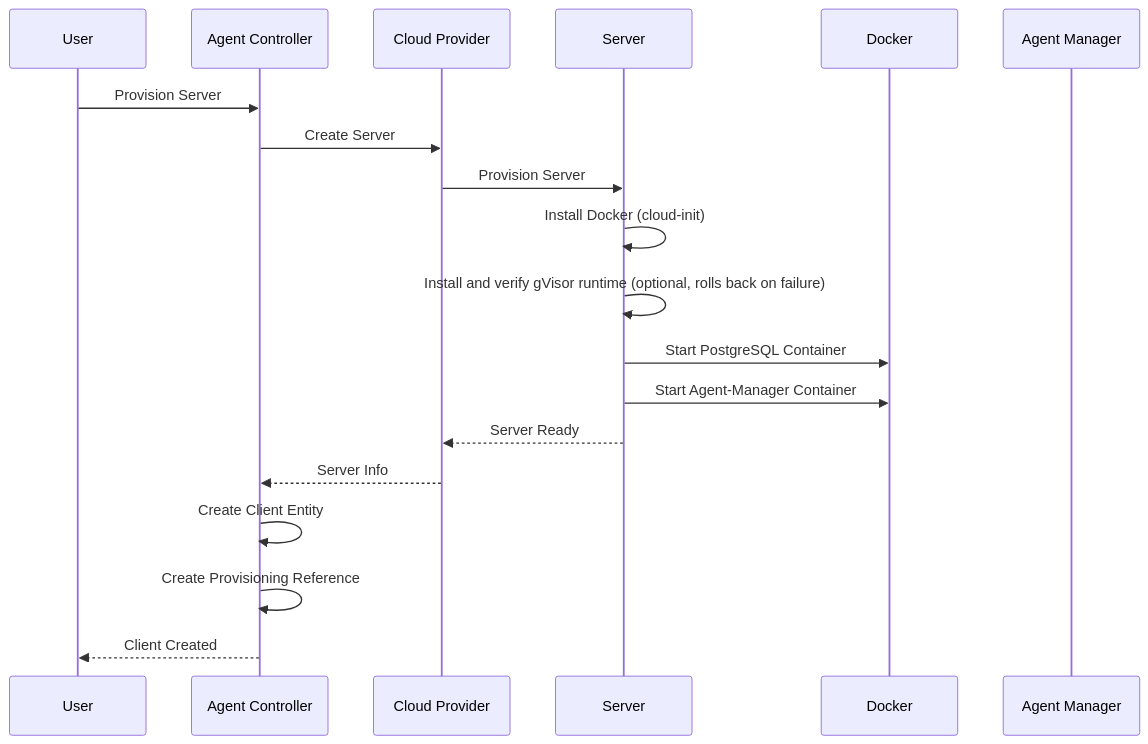
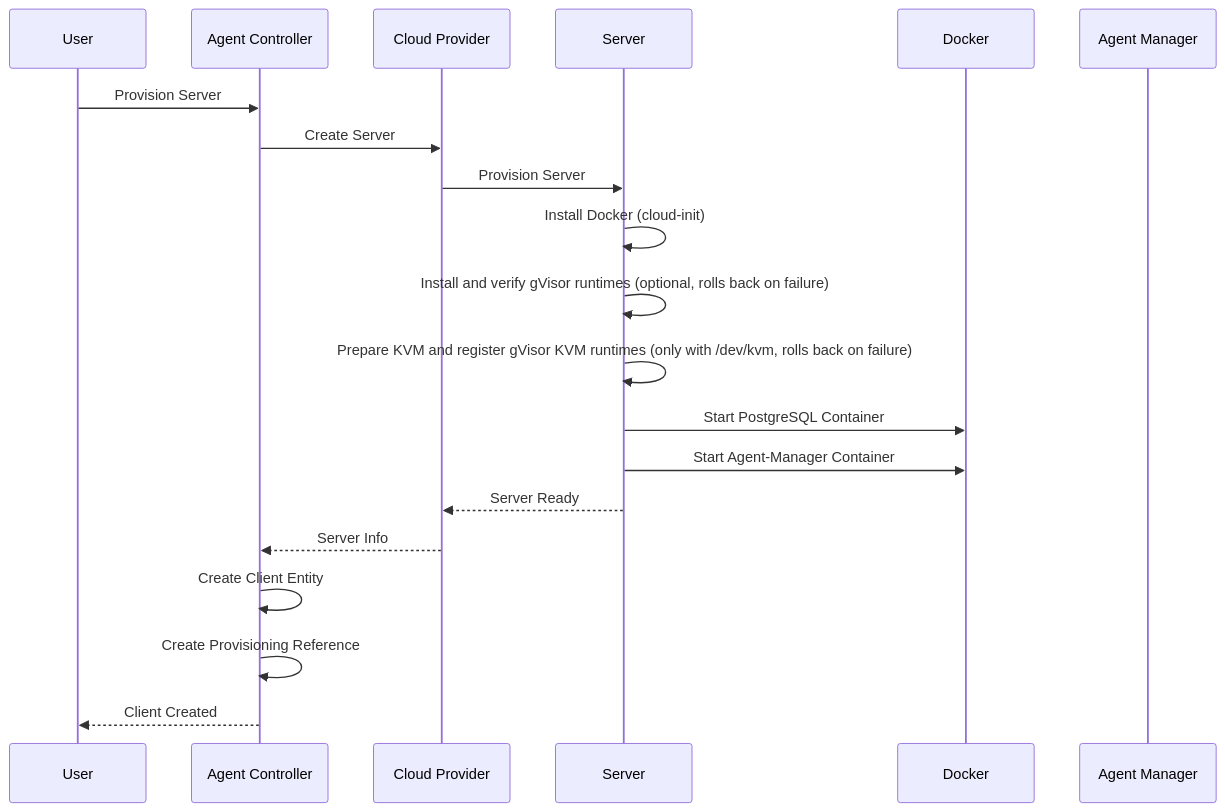
The diagram in docs/agenstra/features/server-provisioning.md (forepath/one), drawn with Mermaid before and after one commit. The commit also changed other lines of this file and 104 other files, not shown here.

````diff
--- a/docs/agenstra/features/server-provisioning.md
+++ b/docs/agenstra/features/server-provisioning.md
@@ -35,22 +35,23 @@
 ```mermaid
 sequenceDiagram
     participant U as User
     participant AC as Agent Controller
     participant P as Cloud Provider
     participant S as Server
     participant D as Docker
     participant AM as Agent Manager
 
     U->>AC: Provision Server
     AC->>P: Create Server
     P->>S: Provision Server
     S->>S: Install Docker (cloud-init)
-    S->>S: Install and verify gVisor runtime (optional, rolls back on failure)
+    S->>S: Install and verify gVisor runtimes (optional, rolls back on failure)
+    S->>S: Prepare KVM and register gVisor KVM runtimes (only with /dev/kvm, rolls back on failure)
     S->>D: Start PostgreSQL Container
     S->>D: Start Agent-Manager Container
     S-->>P: Server Ready
     P-->>AC: Server Info
     AC->>AC: Create Client Entity
     AC->>AC: Create Provisioning Reference
     AC-->>U: Client Created
 ```
````
